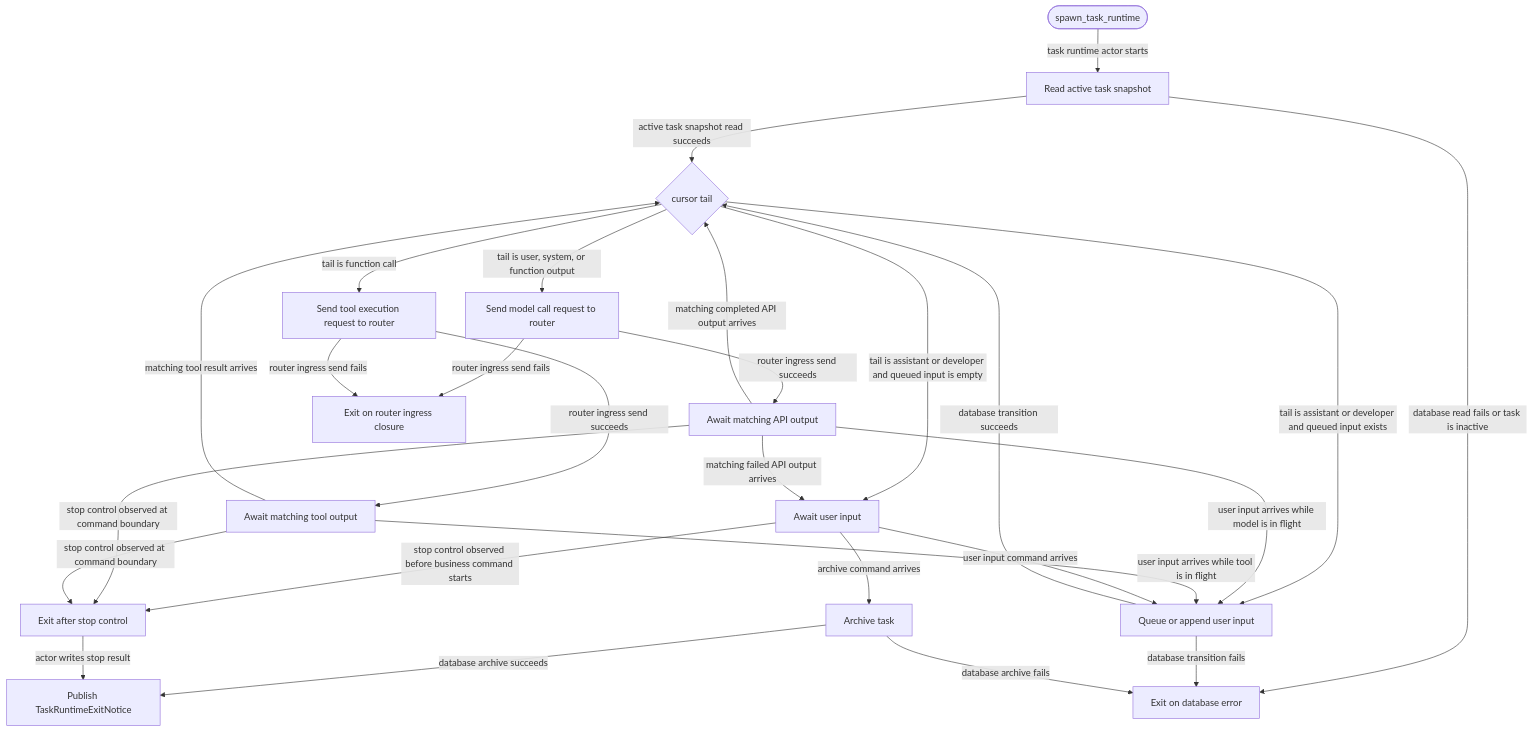
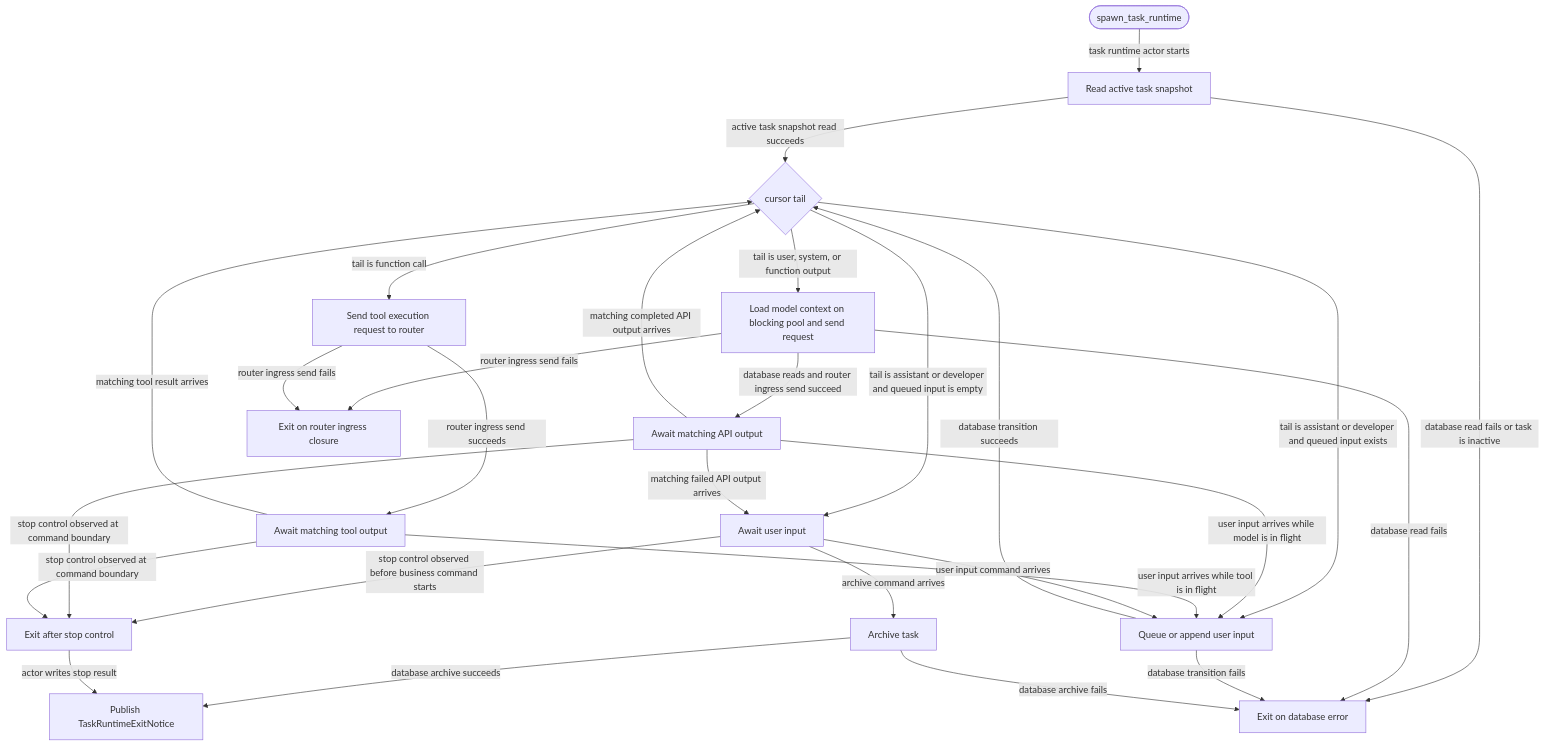
Before and after one commit to JiaJunDeng5930/Selvedge: the diagram in crates/core/README.md, drawn with Mermaid. The commit also changed other lines of this file and 28 other files, not shown here.

````diff
--- a/crates/core/README.md
+++ b/crates/core/README.md
@@ -26,44 +28,45 @@
 ```mermaid
 flowchart TD
   Start([spawn_task_runtime])
   LoadSnapshot[Read active task snapshot]
   ClassifyTail{cursor tail}
   AwaitInput[Await user input]
-  RequestModel[Send model call request to router]
+  RequestModel[Load model context on blocking pool and send request]
   AwaitModel[Await matching API output]
   RequestTool[Send tool execution request to router]
   AwaitTool[Await matching tool output]
   QueueInput[Queue or append user input]
   Archive[Archive task]
   Stop[Exit after stop control]
   Exit[Publish TaskRuntimeExitNotice]
   DbError[Exit on database error]
   RouterClosed[Exit on router ingress closure]
 
   Start -->|task runtime actor starts| LoadSnapshot
   LoadSnapshot -->|active task snapshot read succeeds| ClassifyTail
   LoadSnapshot -->|database read fails or task is inactive| DbError
   ClassifyTail -->|tail is user, system, or function output| RequestModel
   ClassifyTail -->|tail is function call| RequestTool
   ClassifyTail -->|tail is assistant or developer and queued input is empty| AwaitInput
   ClassifyTail -->|tail is assistant or developer and queued input exists| QueueInput
-  RequestModel -->|router ingress send succeeds| AwaitModel
+  RequestModel -->|database reads and router ingress send succeed| AwaitModel
+  RequestModel -->|database read fails| DbError
   RequestModel -->|router ingress send fails| RouterClosed
   AwaitModel -->|matching completed API output arrives| ClassifyTail
   AwaitModel -->|matching failed API output arrives| AwaitInput
   AwaitModel -->|user input arrives while model is in flight| QueueInput
   RequestTool -->|router ingress send succeeds| AwaitTool
   RequestTool -->|router ingress send fails| RouterClosed
   AwaitTool -->|matching tool result arrives| ClassifyTail
   AwaitTool -->|user input arrives while tool is in flight| QueueInput
   AwaitInput -->|user input command arrives| QueueInput
   QueueInput -->|database transition succeeds| ClassifyTail
   QueueInput -->|database transition fails| DbError
   AwaitInput -->|archive command arrives| Archive
   Archive -->|database archive succeeds| Exit
   Archive -->|database archive fails| DbError
   AwaitInput -->|stop control observed before business command starts| Stop
   AwaitModel -->|stop control observed at command boundary| Stop
   AwaitTool -->|stop control observed at command boundary| Stop
   Stop -->|actor writes stop result| Exit
 ```
````
